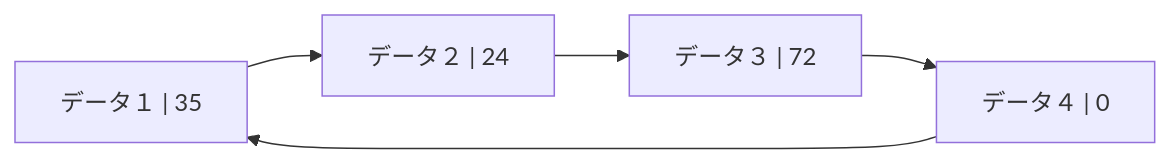
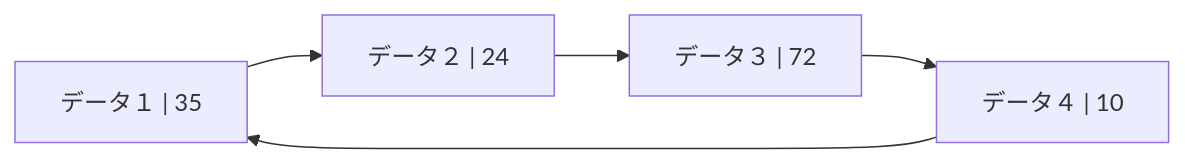
Before and after one commit to yuki-20260619/study: the fourth of 4 diagrams in src/study/FE/notes/day08_20260715/day08_20260715.md, drawn with Mermaid. The commit also changed other lines of this file and 2 other files, not shown here.

````diff
--- a/src/study/FE/notes/day08_20260715/day08_20260715.md
+++ b/src/study/FE/notes/day08_20260715/day08_20260715.md
@@ -89,11 +95,11 @@
     ```mermaid
     flowchart LR
     classDef transparent fill:transparent,stroke:transparent,stroke-width:0px;
         
         A["データ１ | 35"] 
         B["データ２ | 24"]
         C["データ３ | 72"]
-        D["データ４ |  0"]
+        D["データ４ | 10"]
       
         A --> B --> C --> D --> A
     ```
````
